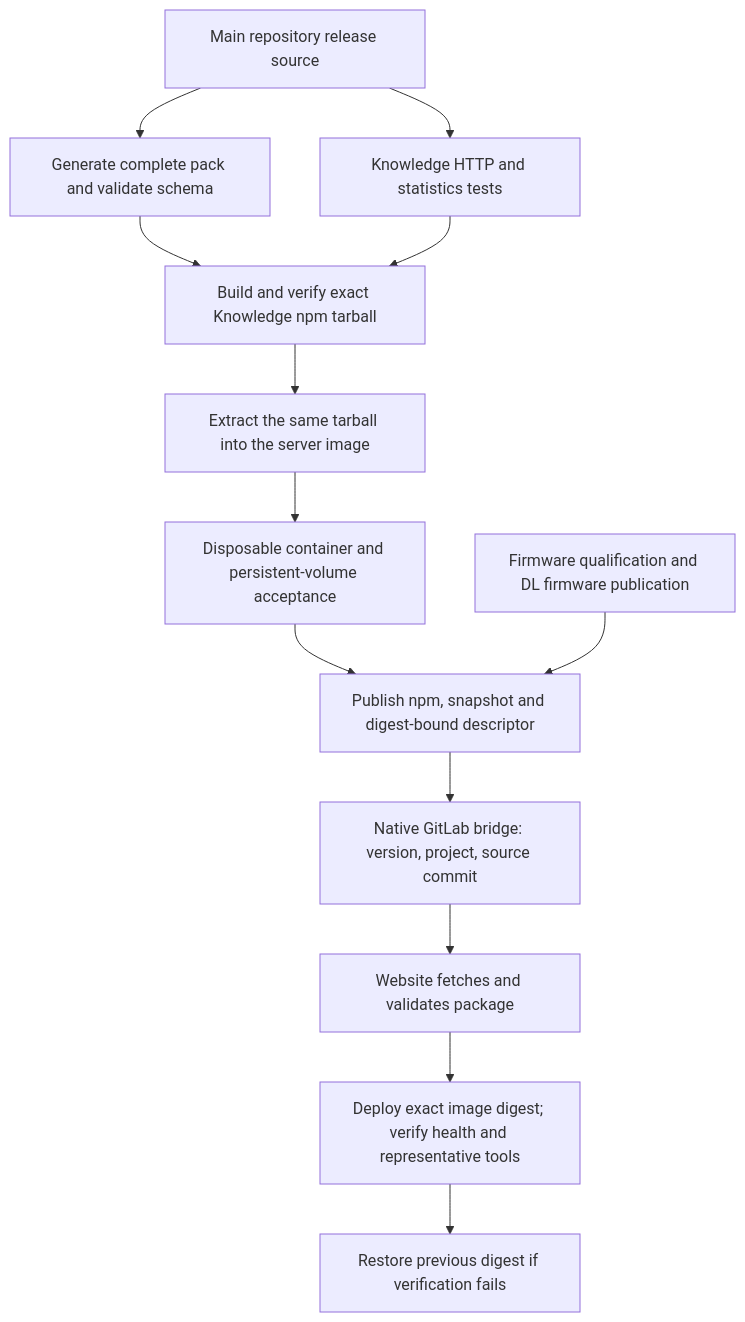
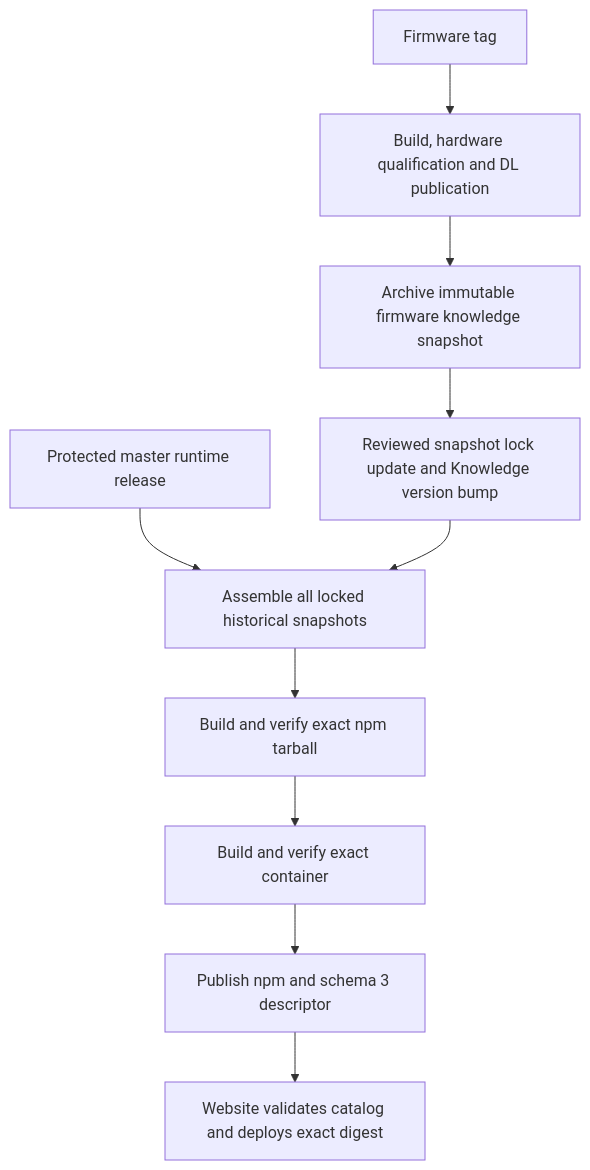
Before and after one commit to espressif/esp-vision: the second of 2 diagrams in docs/mcp-release.md, drawn with Mermaid. The commit also changed other lines of this file and 55 other files, not shown here.

Commit message:
feat(release): decouple npm publication and retain firmware knowledge

````diff
--- a/docs/mcp-release.md
+++ b/docs/mcp-release.md
@@ -22,15 +22,12 @@
 ```mermaid
 flowchart TD
-    Main[Main repository release source] --> Pack[Generate complete pack and validate schema]
-    Main --> Tests[Knowledge HTTP and statistics tests]
-    Pack --> Npm[Build and verify exact Knowledge npm tarball]
-    Tests --> Npm
-    Npm --> Image[Extract the same tarball into the server image]
-    Image --> Verify[Disposable container and persistent-volume acceptance]
-    Verify --> Publish[Publish npm, snapshot and digest-bound descriptor]
-    Firmware[Firmware qualification and DL firmware publication] --> Publish
-    Publish --> Bridge[Native GitLab bridge: version, project, source commit]
-    Bridge --> Website[Website fetches and validates package]
-    Website --> Deploy[Deploy exact image digest; verify health and representative tools]
-    Deploy --> Rollback[Restore previous digest if verification fails]
+    Tag[Firmware tag] --> Firmware[Build, hardware qualification and DL publication]
+    Firmware --> Snapshot[Archive immutable firmware knowledge snapshot]
+    Snapshot --> Lock[Reviewed snapshot lock update and Knowledge version bump]
+    Master[Protected master runtime release] --> Catalog[Assemble all locked historical snapshots]
+    Lock --> Catalog
+    Catalog --> Npm[Build and verify exact npm tarball]
+    Npm --> Image[Build and verify exact container]
+    Image --> Publish[Publish npm and schema 3 descriptor]
+    Publish --> Website[Website validates catalog and deploys exact digest]
 ```
````
